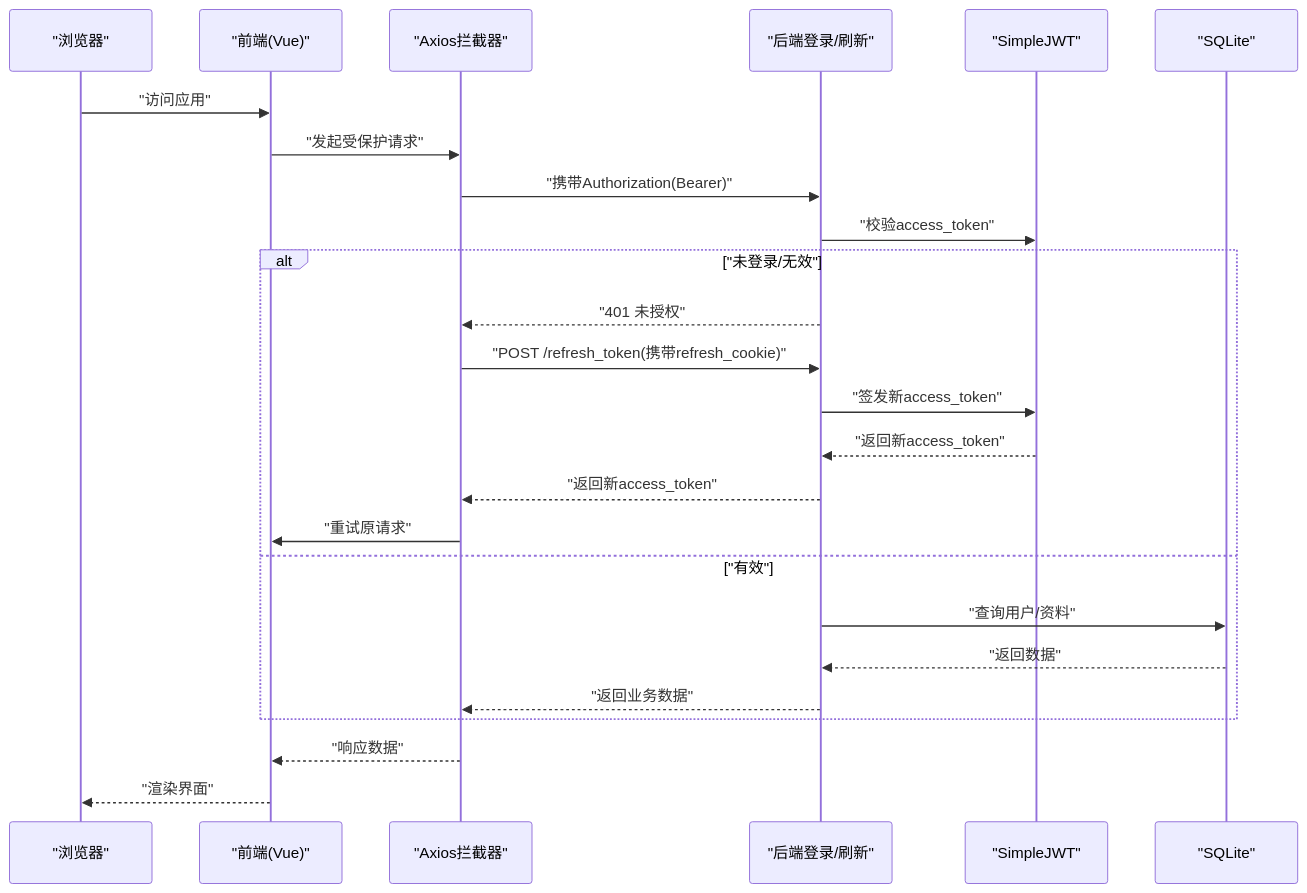
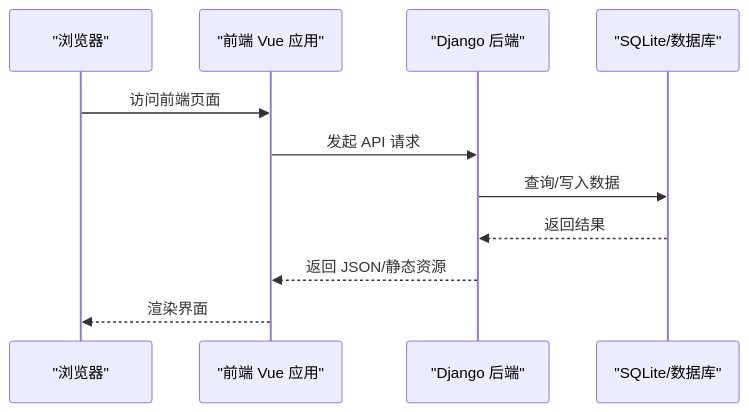
Before and after one commit to Blaipchi/LLM_AIfriends: the second of 4 diagrams in .qoder/repowiki/zh/content/快速开始.md, drawn with Mermaid. The commit also changed other lines of this file and 89 other files, not shown here.

````diff
--- a/.qoder/repowiki/zh/content/快速开始.md
+++ b/.qoder/repowiki/zh/content/快速开始.md
@@ -124,27 +86,13 @@
 ```mermaid
 sequenceDiagram
 participant Browser as "浏览器"
-participant Front as "前端(Vue)"
-participant API as "Axios拦截器"
-participant Auth as "后端登录/刷新"
-participant JWT as "SimpleJWT"
-participant DB as "SQLite"
-Browser->>Front : "访问应用"
-Front->>API : "发起受保护请求"
-API->>Auth : "携带Authorization(Bearer)"
-Auth->>JWT : "校验access_token"
-alt "未登录/无效"
-Auth-->>API : "401 未授权"
-API->>Auth : "POST /refresh_token(携带refresh_cookie)"
-Auth->>JWT : "签发新access_token"
-JWT-->>Auth : "返回新access_token"
-Auth-->>API : "返回新access_token"
-API->>Front : "重试原请求"
-else "有效"
-Auth->>DB : "查询用户/资料"
-DB-->>Auth : "返回数据"
-Auth-->>API : "返回业务数据"
-end
-API-->>Front : "响应数据"
-Front-->>Browser : "渲染界面"
+participant Front as "前端 Vue 应用"
+participant Backend as "Django 后端"
+participant DB as "SQLite/数据库"
+Browser->>Front : 访问前端页面
+Front->>Backend : 发起 API 请求
+Backend->>DB : 查询/写入数据
+DB-->>Backend : 返回结果
+Backend-->>Front : 返回 JSON/静态资源
+Front-->>Browser : 渲染界面
 ```
````
